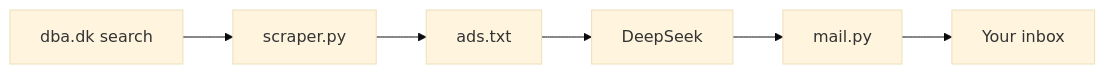
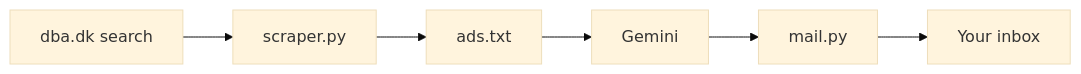
Before and after one commit to Cupprum/finder: the diagram in README.md, drawn with Mermaid (base theme). The commit also changed other lines of this file and 1 other file, not shown here.

Commit message:
feat: switch LLM filter to gemini, run weekly on saturday

````diff
--- a/README.md
+++ b/README.md
@@ -5,8 +5,8 @@
 ```mermaid
 flowchart LR
     DBA[dba.dk search] --> SCRAPER[scraper.py]
     SCRAPER --> ADS[ads.txt]
-    ADS --> LLM[DeepSeek]
+    ADS --> LLM[Gemini]
     LLM --> MAIL[mail.py]
     MAIL --> YOU[Your inbox]
 ```
````
